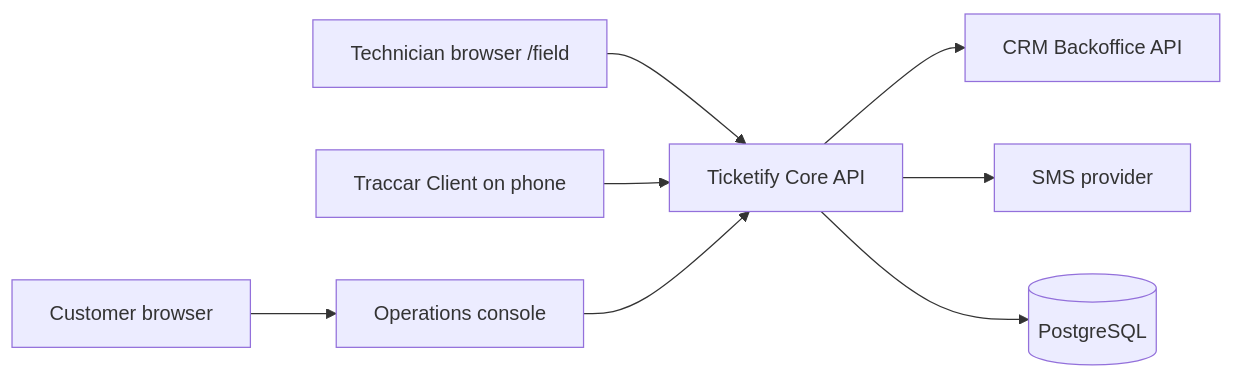
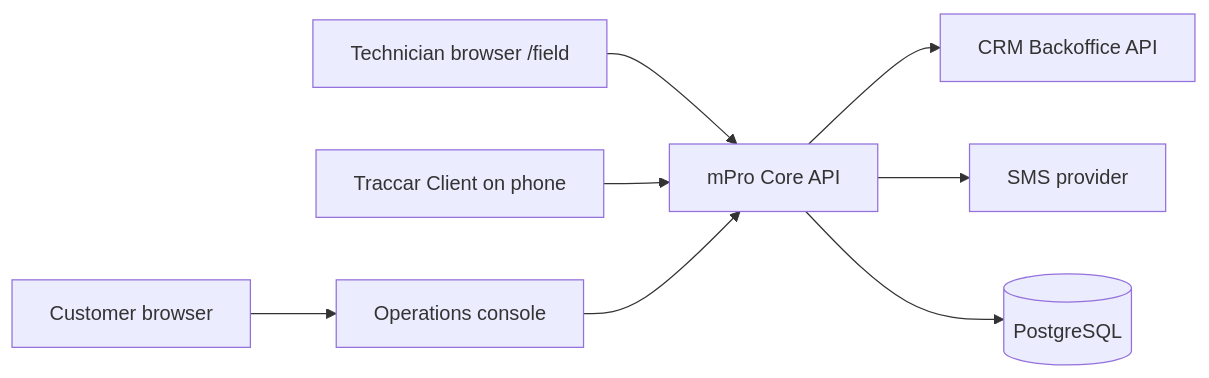
Before and after one commit to Roak-kenandy/ticketify: the diagram in docs/ARCHITECTURE.md, drawn with Mermaid. The commit also changed other lines of this file and 33 other files, not shown here.

Commit message:
Rename the app from Ticketify to mPro

````diff
--- a/docs/ARCHITECTURE.md
+++ b/docs/ARCHITECTURE.md
@@ -19,19 +19,19 @@
 ```mermaid
 flowchart LR
   Tech[Technician browser /field]
   Traccar[Traccar Client on phone]
   Admin[Operations console]
   Customer[Customer browser]
-  API[Ticketify Core API]
+  API[mPro Core API]
   CRM[CRM Backoffice API]
   SMS[SMS provider]
   PG[(PostgreSQL)]
 
   Tech --> API
   Traccar --> API
   Admin --> API
   Customer --> Admin
   API --> CRM
   API --> SMS
   API --> PG
 ```
````
